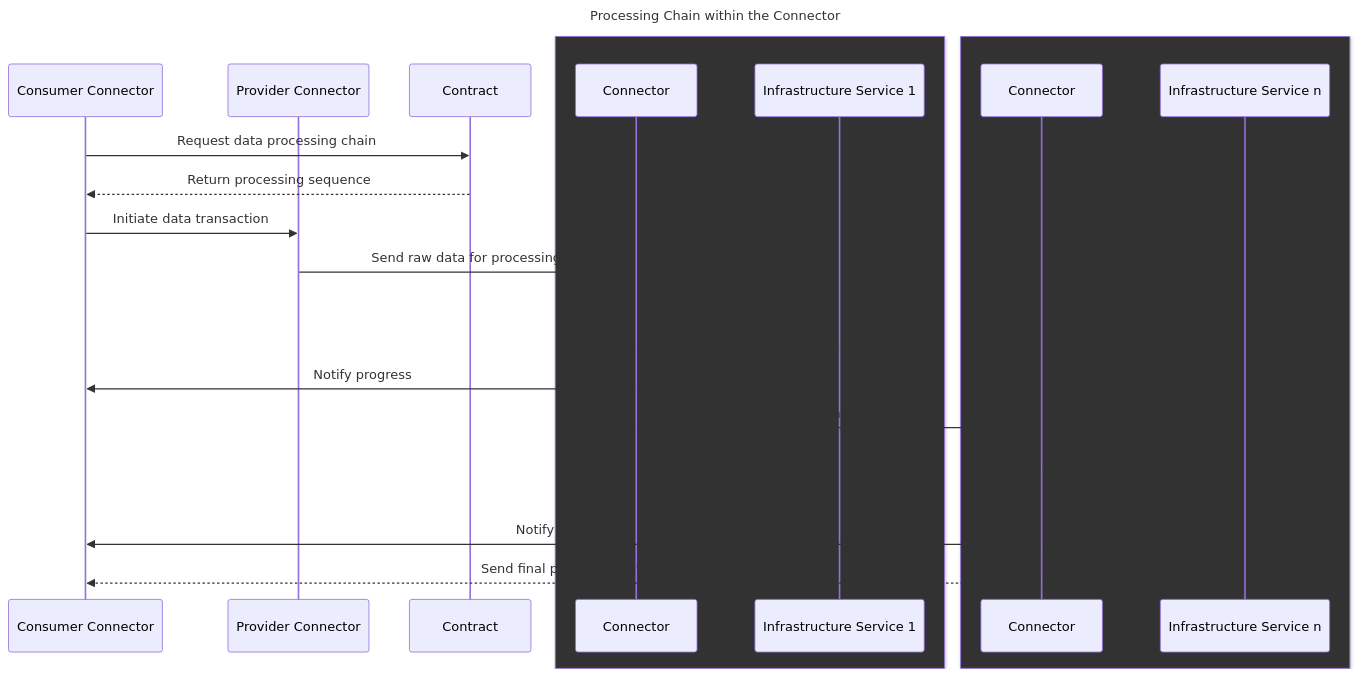
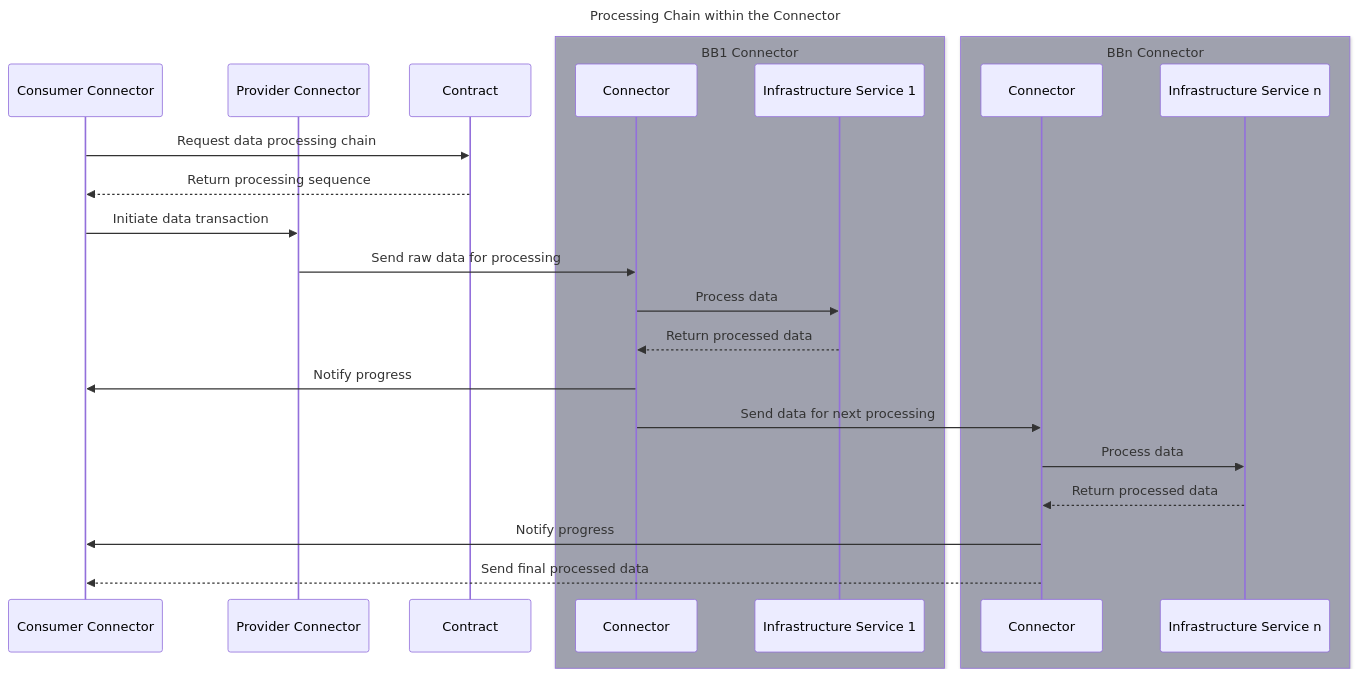
The third of 3 diagrams in docs/design-document.md (mathieu-vision/data-processing-chain-protocol), drawn with Mermaid before and after one commit. The commit also changed other lines of this file, not shown here.

````diff
--- a/docs/design-document.md
+++ b/docs/design-document.md
@@ -239,33 +243,33 @@
 ```mermaid
 ---
 title: Processing Chain within the Connector
 ---
 
 sequenceDiagram
     participant CC as Consumer Connector
     participant PC as Provider Connector
     participant C as Contract
     
-    box rgb(50, 50, 50) BB1 Connector
+    box rgba(100, 105, 130, 0.5) BB1 Connector
     participant BB1C as Connector
     participant BB1 as Infrastructure Service 1
     end
     
-    box rgb(50, 50, 50) BBn Connector
+    box rgba(100, 105, 130, 0.5) BBn Connector
     participant BBnC as Connector
     participant BBn as Infrastructure Service n
     end
 
     CC->>C: Request data processing chain
     C-->>CC: Return processing sequence
     CC->>PC: Initiate data transaction
     PC->>BB1C: Send raw data for processing
     BB1C->>BB1: Process data
     BB1-->>BB1C: Return processed data
     BB1C->>CC: Notify progress
     BB1C->>BBnC: Send data for next processing
     BBnC->>BBn: Process data
     BBn-->>BBnC: Return processed data
     BBnC->>CC: Notify progress
     BBnC-->>CC: Send final processed data
 ```
````
